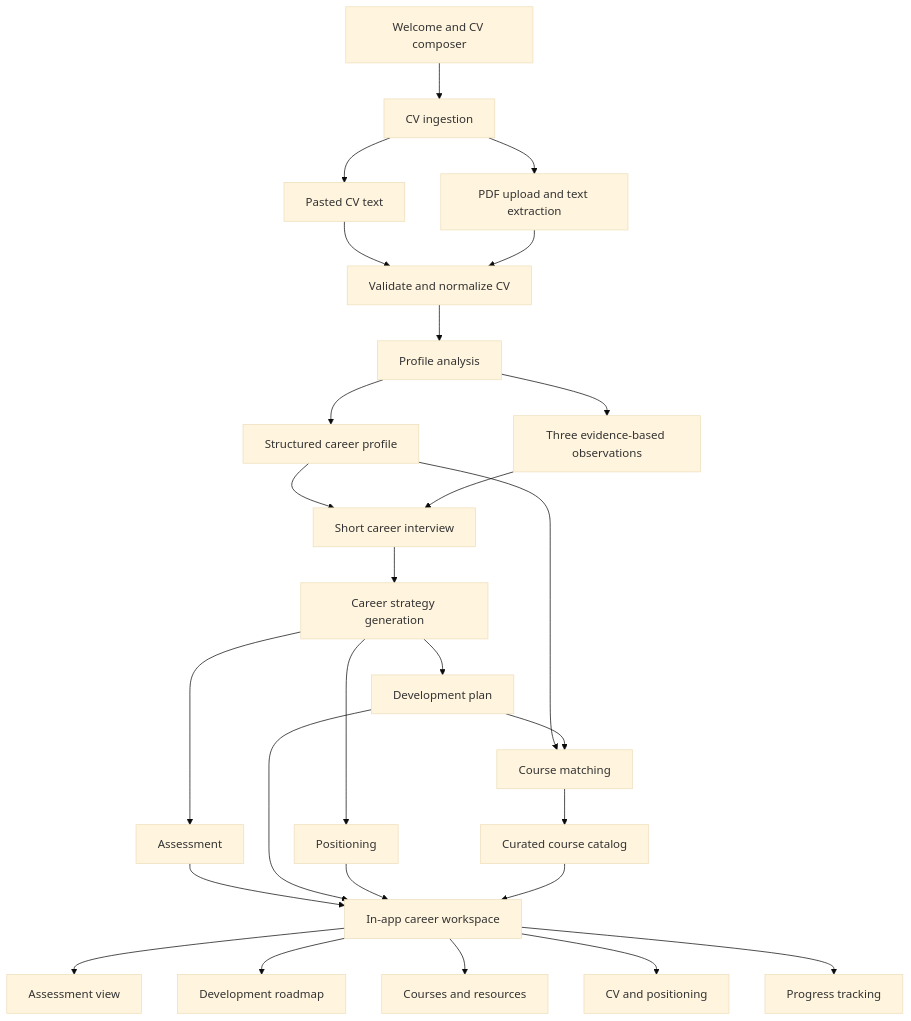
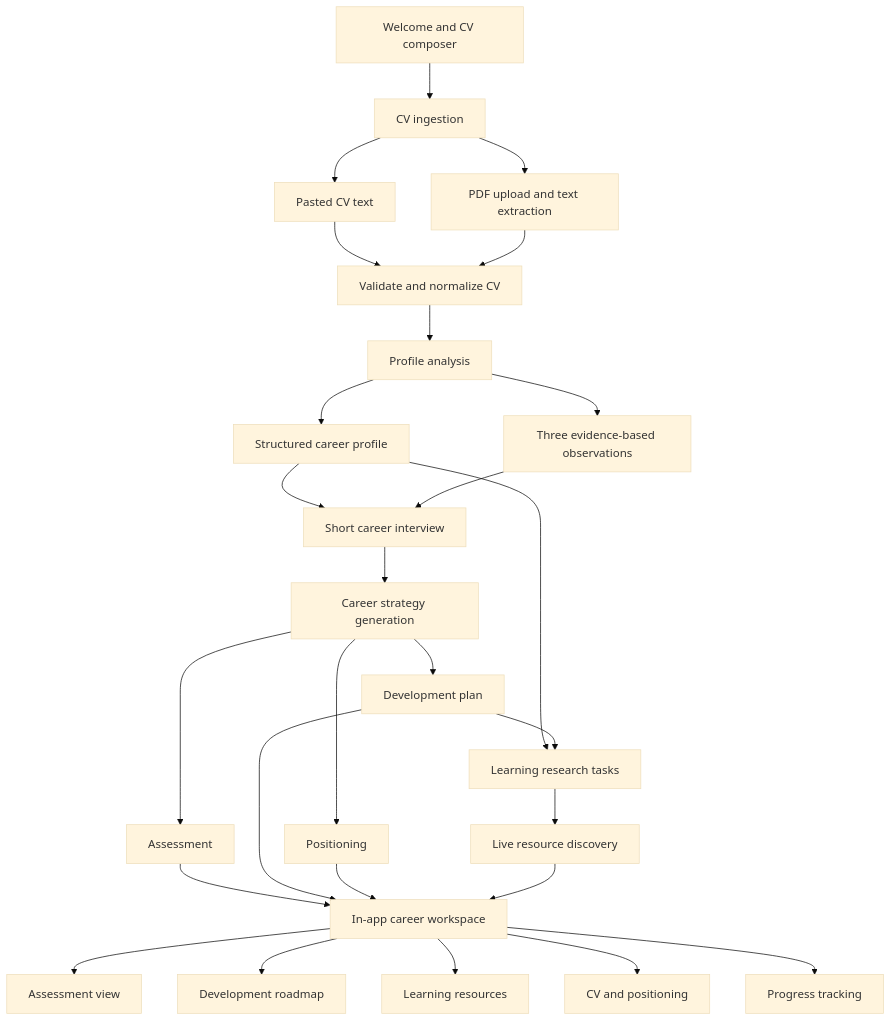
The first of 2 diagrams in docs/PRODUCT_ARCHITECTURE.md (iliketurtles1-2-3/What-now-), drawn with Mermaid (base theme) before and after one commit. The commit also changed other lines of this file and 14 other files, not shown here.

Commit message:
replace-course-catalog-with-learning-research

````diff
--- a/docs/PRODUCT_ARCHITECTURE.md
+++ b/docs/PRODUCT_ARCHITECTURE.md
@@ -21,35 +21,35 @@
 ```mermaid
 flowchart TD
     A[Welcome and CV composer] --> B[CV ingestion]
     B --> B1[Pasted CV text]
     B --> B2[PDF upload and text extraction]
     B1 --> C[Validate and normalize CV]
     B2 --> C
 
     C --> D[Profile analysis]
     D --> E[Structured career profile]
     D --> F[Three evidence-based observations]
 
     E --> G[Short career interview]
     F --> G
     G --> H[Career strategy generation]
 
     H --> I[Assessment]
     H --> J[Development plan]
     H --> K[Positioning]
 
-    E --> L[Course matching]
+    E --> L[Learning research tasks]
     J --> L
-    L --> M[Curated course catalog]
+    L --> M[Live resource discovery]
 
     I --> N[In-app career workspace]
     J --> N
     K --> N
     M --> N
 
     N --> O[Assessment view]
     N --> P[Development roadmap]
-    N --> Q[Courses and resources]
+    N --> Q[Learning resources]
     N --> R[CV and positioning]
     N --> S[Progress tracking]
 ```
````
